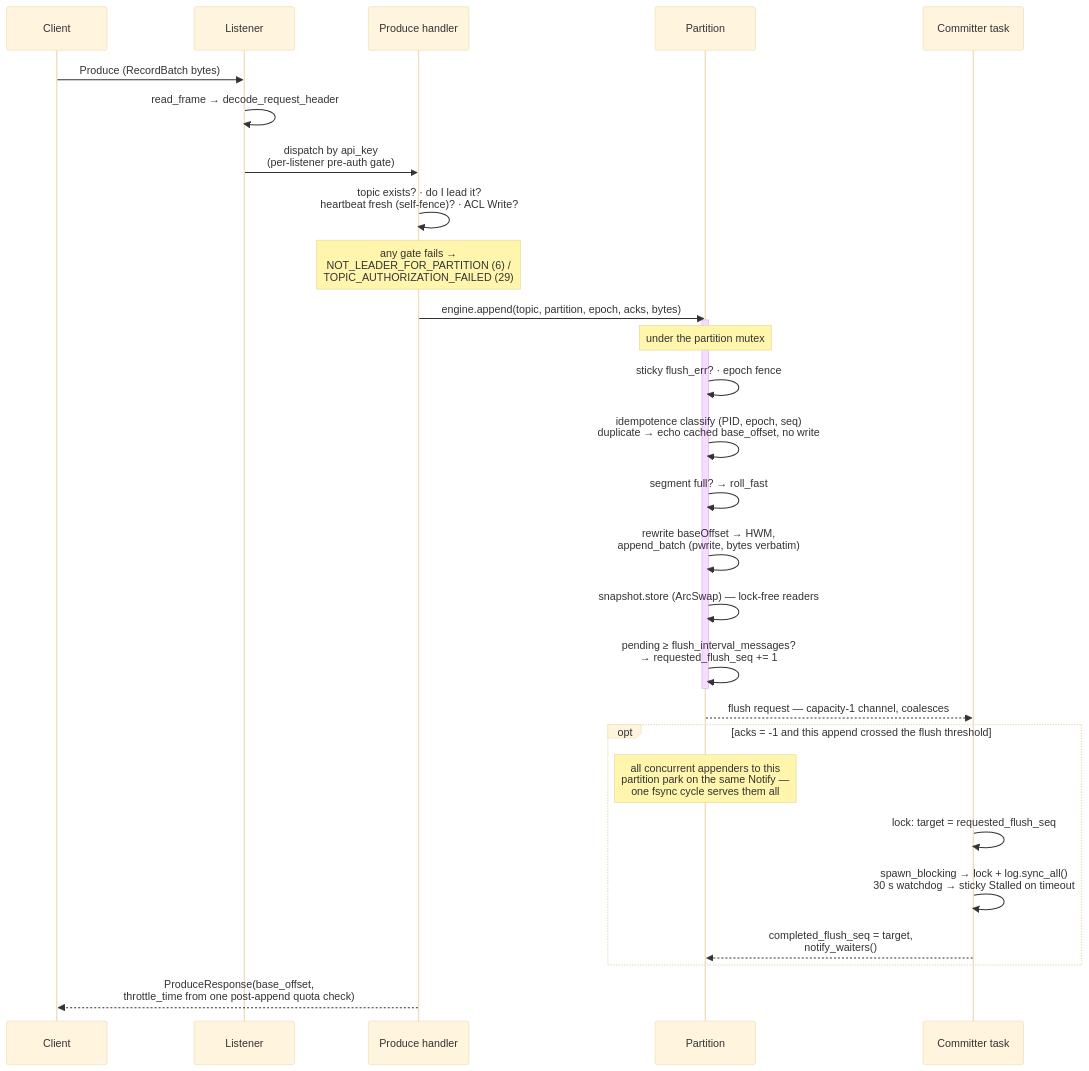
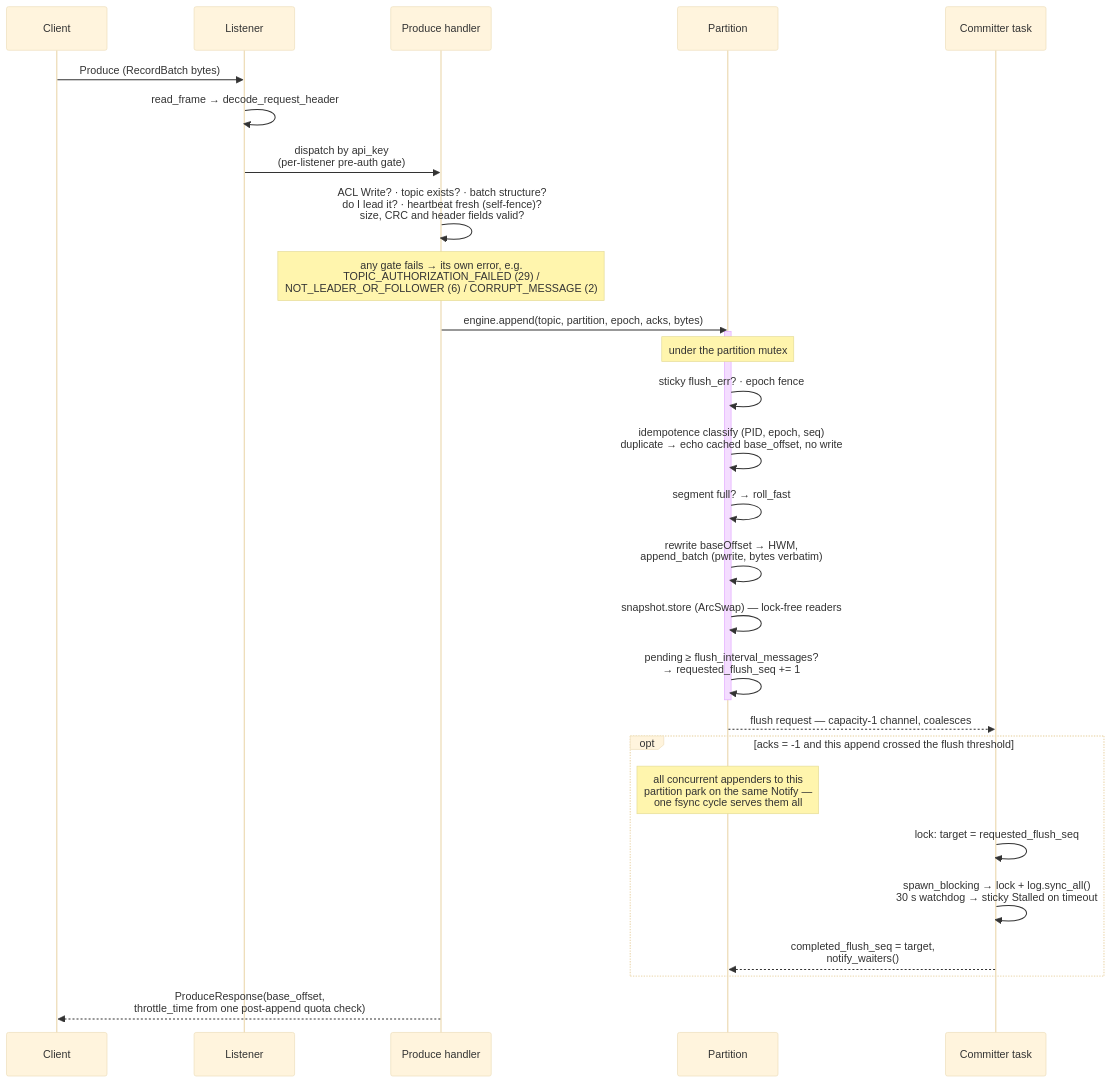
Before and after one commit to kaas-rs/kaas-broker: the first of 3 diagrams in docs/src/architecture/storage-hot-path.md, drawn with Mermaid (base theme). The commit also changed other lines of this file and 40 other files, not shown here.

````diff
--- a/docs/src/architecture/storage-hot-path.md
+++ b/docs/src/architecture/storage-hot-path.md
@@ -22,32 +22,32 @@
 ```mermaid
 sequenceDiagram
     participant C as Client
     participant L as Listener
     participant H as Produce handler
     participant P as Partition
     participant K as Committer task
 
     C->>L: Produce (RecordBatch bytes)
     L->>L: read_frame → decode_request_header
     L->>H: dispatch by api_key<br/>(per-listener pre-auth gate)
-    H->>H: topic exists? · do I lead it?<br/>heartbeat fresh (self-fence)? · ACL Write?
-    Note over H: any gate fails →<br/>NOT_LEADER_FOR_PARTITION (6) /<br/>TOPIC_AUTHORIZATION_FAILED (29)
+    H->>H: ACL Write? · topic exists? · batch structure?<br/>do I lead it? · heartbeat fresh (self-fence)?<br/>size, CRC and header fields valid?
+    Note over H: any gate fails → its own error, e.g.<br/>TOPIC_AUTHORIZATION_FAILED (29) /<br/>NOT_LEADER_OR_FOLLOWER (6) / CORRUPT_MESSAGE (2)
     H->>P: engine.append(topic, partition, epoch, acks, bytes)
     activate P
     Note over P: under the partition mutex
     P->>P: sticky flush_err? · epoch fence
     P->>P: idempotence classify (PID, epoch, seq)<br/>duplicate → echo cached base_offset, no write
     P->>P: segment full? → roll_fast
     P->>P: rewrite baseOffset → HWM,<br/>append_batch (pwrite, bytes verbatim)
     P->>P: snapshot.store (ArcSwap) — lock-free readers
     P->>P: pending ≥ flush_interval_messages?<br/>→ requested_flush_seq += 1
     deactivate P
     P-->>K: flush request — capacity-1 channel, coalesces
     opt acks = -1 and this append crossed the flush threshold
         Note over P: all concurrent appenders to this<br/>partition park on the same Notify —<br/>one fsync cycle serves them all
         K->>K: lock: target = requested_flush_seq
         K->>K: spawn_blocking → lock + log.sync_all()<br/>30 s watchdog → sticky Stalled on timeout
         K-->>P: completed_flush_seq = target,<br/>notify_waiters()
     end
     H-->>C: ProduceResponse(base_offset,<br/>throttle_time from one post-append quota check)
 ```
````
